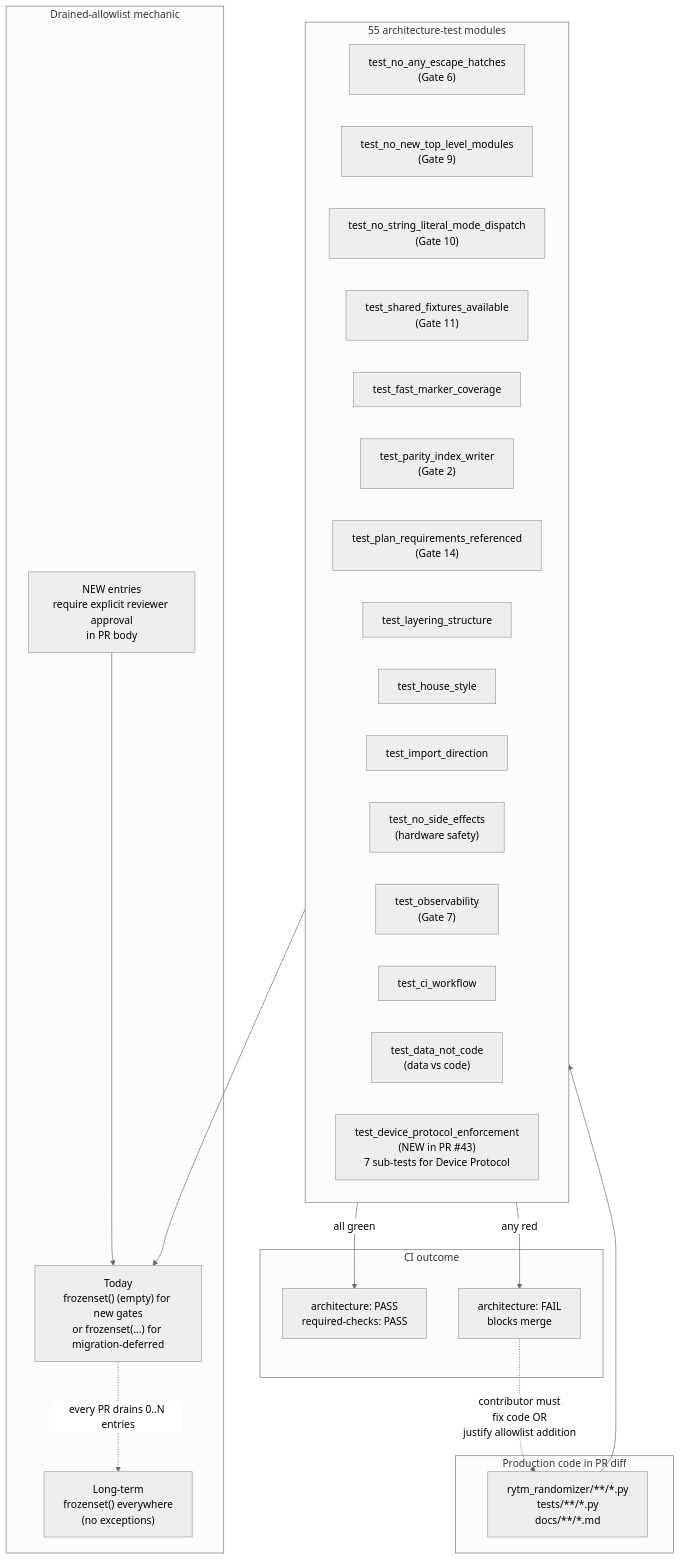
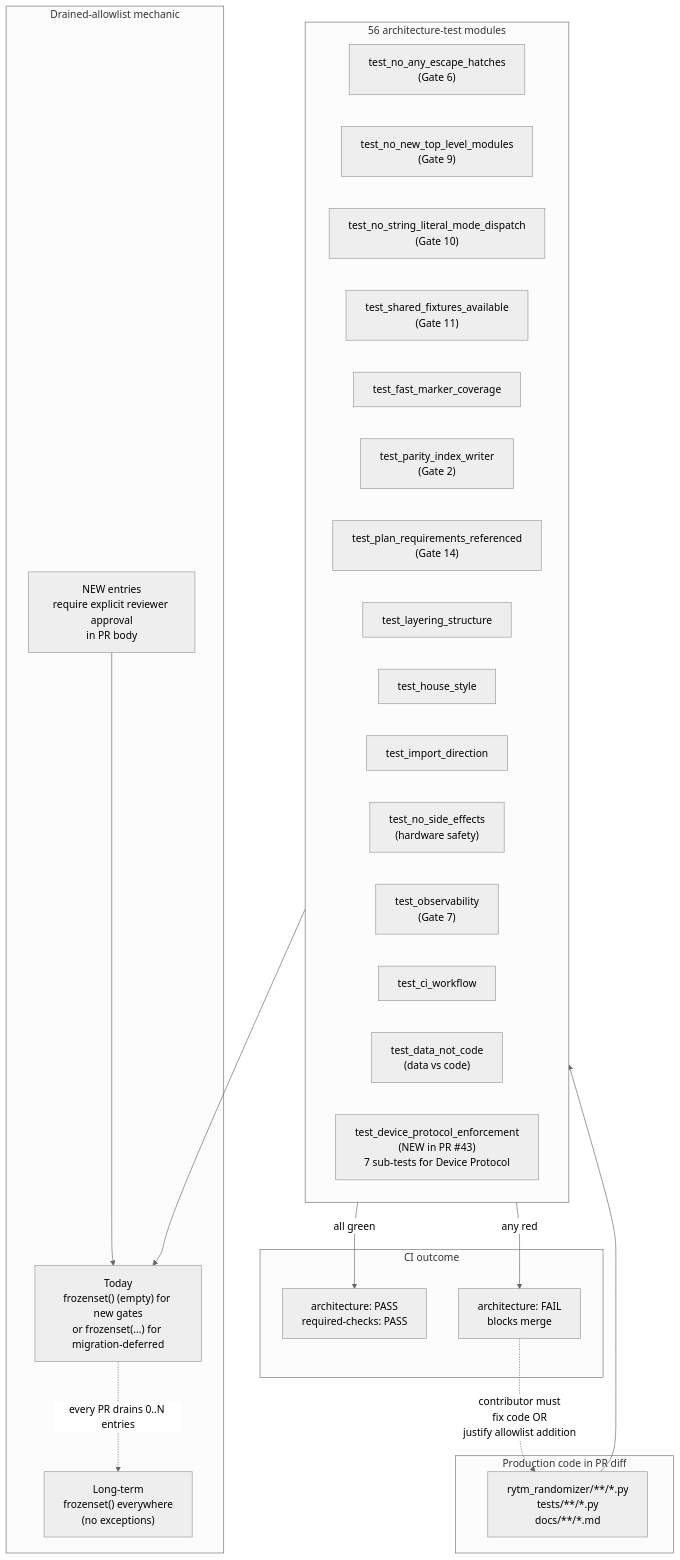
One commit to buzzijose-hub/RytmRandomizer changed the tenth of 34 diagrams in docs/ARCHITECTURE_DIAGRAMS.md. Above: the diagram before and after it, drawn with Mermaid (neutral theme). The commit also changed other lines of this file and 107 other files, not shown here.

````diff
--- a/docs/ARCHITECTURE_DIAGRAMS.md
+++ b/docs/ARCHITECTURE_DIAGRAMS.md
@@ -791,44 +791,44 @@
 ```mermaid
 flowchart TB
     subgraph Production["Production code in PR diff"]
         SourceFiles["rytm_randomizer/**/*.py<br/>tests/**/*.py<br/>docs/**/*.md"]
     end
 
-    subgraph Gates["55 architecture-test modules"]
+    subgraph Gates["56 architecture-test modules"]
         Gate1["test_no_any_escape_hatches<br/>(Gate 6)"]
         Gate2["test_no_new_top_level_modules<br/>(Gate 9)"]
         Gate3["test_no_string_literal_mode_dispatch<br/>(Gate 10)"]
         Gate4["test_shared_fixtures_available<br/>(Gate 11)"]
         Gate5["test_fast_marker_coverage"]
         Gate6["test_parity_index_writer<br/>(Gate 2)"]
         Gate7["test_plan_requirements_referenced<br/>(Gate 14)"]
         Gate8["test_layering_structure"]
         Gate9["test_house_style"]
         Gate10["test_import_direction"]
         Gate11["test_no_side_effects<br/>(hardware safety)"]
         Gate12["test_observability<br/>(Gate 7)"]
         Gate13["test_ci_workflow"]
         Gate14["test_data_not_code<br/>(data vs code)"]
         Gate15["test_device_protocol_enforcement<br/>(NEW in PR #43)<br/>7 sub-tests for Device Protocol"]
     end
 
     subgraph Allowlists["Drained-allowlist mechanic"]
         AL_today["Today<br/>frozenset() (empty) for new gates<br/>or frozenset(...) for migration-deferred"]
         AL_future["Long-term<br/>frozenset() everywhere<br/>(no exceptions)"]
         AL_new["NEW entries<br/>require explicit reviewer approval<br/>in PR body"]
     end
 
     subgraph Outcome["CI outcome"]
         Pass["architecture: PASS<br/>required-checks: PASS"]
         Fail["architecture: FAIL<br/>blocks merge"]
     end
 
     SourceFiles --> Gates
     Gates --> AL_today
     AL_today -.->|"every PR drains 0..N entries"| AL_future
     AL_new --> AL_today
 
     Gates -->|"all green"| Pass
     Gates -->|"any red"| Fail
     Fail -.->|"contributor must<br/>fix code OR<br/>justify allowlist addition"| SourceFiles
 ```
````
